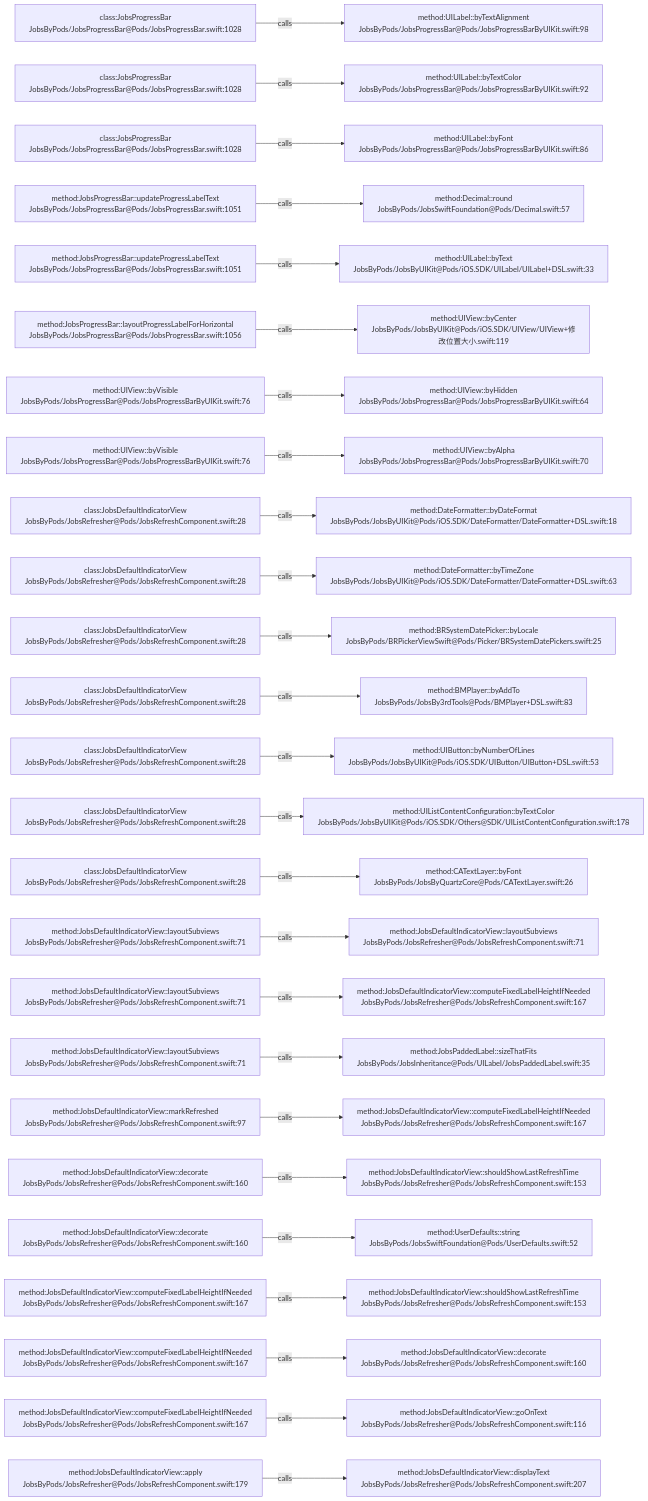
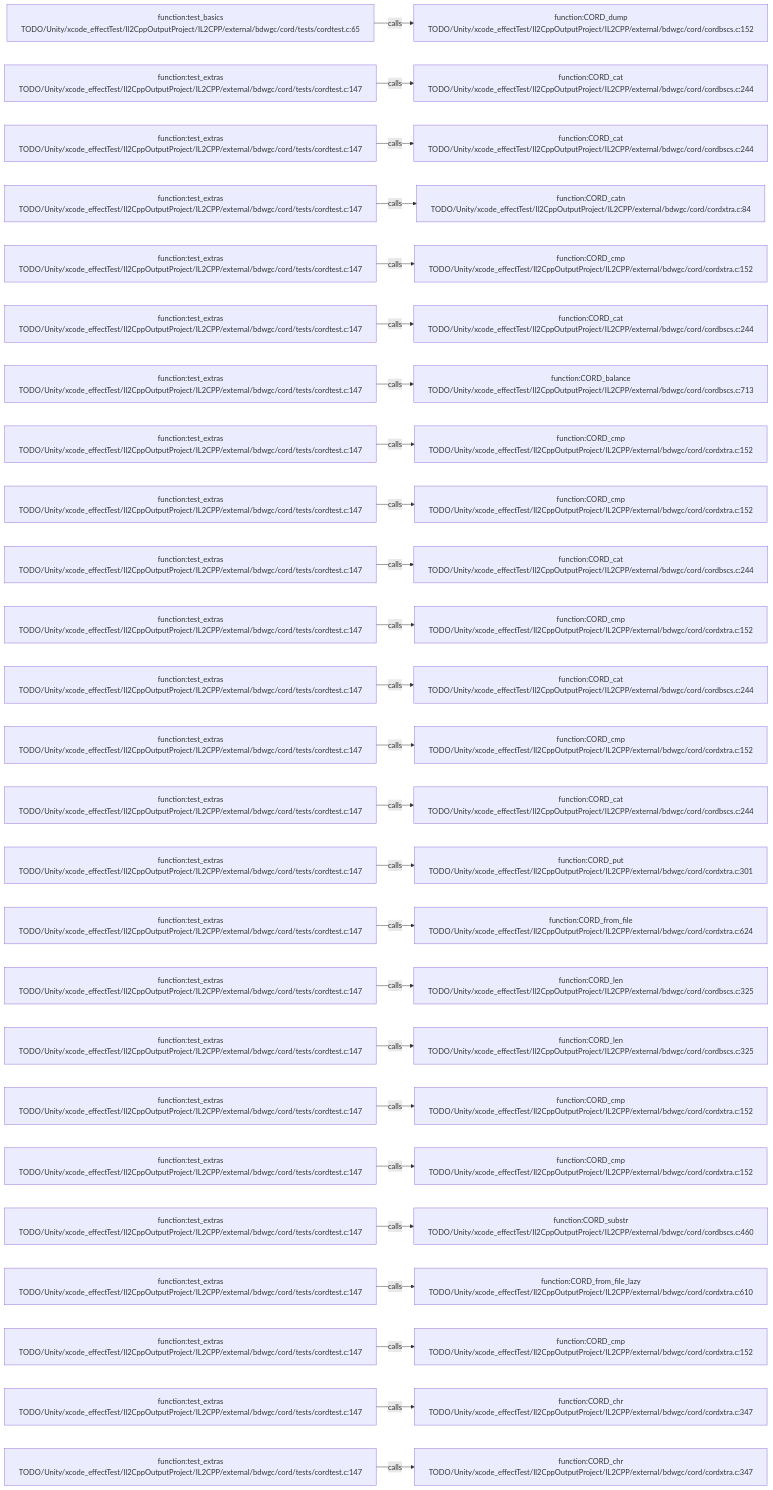
The diagram in .codegraph/codegraph.md/graphs/calls-157.md (JobsKits/JobsSwiftBaseConfigDemo), drawn with Mermaid before and after one commit. The commit also changed 569 other files, not shown here.

````diff
--- a/.codegraph/codegraph.md/graphs/calls-157.md
+++ b/.codegraph/codegraph.md/graphs/calls-157.md
@@ -13,78 +13,78 @@
 ```mermaid
 flowchart LR
-  S1["class:JobsProgressBar<br/>JobsByPods/JobsProgressBar@Pods/JobsProgressBar.swift:1028"]
-  T1["method:UILabel::byTextAlignment<br/>JobsByPods/JobsProgressBar@Pods/JobsProgressBarByUIKit.swift:98"]
+  S1["function:test_basics<br/>TODO/Unity/xcode_effectTest/Il2CppOutputProject/IL2CPP/external/bdwgc/cord/tests/cordtest.c:65"]
+  T1["function:CORD_dump<br/>TODO/Unity/xcode_effectTest/Il2CppOutputProject/IL2CPP/external/bdwgc/cord/cordbscs.c:152"]
   S1 -->|calls| T1
-  S2["class:JobsProgressBar<br/>JobsByPods/JobsProgressBar@Pods/JobsProgressBar.swift:1028"]
-  T2["method:UILabel::byTextColor<br/>JobsByPods/JobsProgressBar@Pods/JobsProgressBarByUIKit.swift:92"]
+  S2["function:test_extras<br/>TODO/Unity/xcode_effectTest/Il2CppOutputProject/IL2CPP/external/bdwgc/cord/tests/cordtest.c:147"]
+  T2["function:CORD_cat<br/>TODO/Unity/xcode_effectTest/Il2CppOutputProject/IL2CPP/external/bdwgc/cord/cordbscs.c:244"]
   S2 -->|calls| T2
-  S3["class:JobsProgressBar<br/>JobsByPods/JobsProgressBar@Pods/JobsProgressBar.swift:1028"]
-  T3["method:UILabel::byFont<br/>JobsByPods/JobsProgressBar@Pods/JobsProgressBarByUIKit.swift:86"]
+  S3["function:test_extras<br/>TODO/Unity/xcode_effectTest/Il2CppOutputProject/IL2CPP/external/bdwgc/cord/tests/cordtest.c:147"]
+  T3["function:CORD_cat<br/>TODO/Unity/xcode_effectTest/Il2CppOutputProject/IL2CPP/external/bdwgc/cord/cordbscs.c:244"]
   S3 -->|calls| T3
-  S4["method:JobsProgressBar::updateProgressLabelText<br/>JobsByPods/JobsProgressBar@Pods/JobsProgressBar.swift:1051"]
-  T4["method:Decimal::round<br/>JobsByPods/JobsSwiftFoundation@Pods/Decimal.swift:57"]
+  S4["function:test_extras<br/>TODO/Unity/xcode_effectTest/Il2CppOutputProject/IL2CPP/external/bdwgc/cord/tests/cordtest.c:147"]
+  T4["function:CORD_catn<br/>TODO/Unity/xcode_effectTest/Il2CppOutputProject/IL2CPP/external/bdwgc/cord/cordxtra.c:84"]
   S4 -->|calls| T4
-  S5["method:JobsProgressBar::updateProgressLabelText<br/>JobsByPods/JobsProgressBar@Pods/JobsProgressBar.swift:1051"]
-  T5["method:UILabel::byText<br/>JobsByPods/JobsByUIKit@Pods/iOS.SDK/UILabel/UILabel+DSL.swift:33"]
+  S5["function:test_extras<br/>TODO/Unity/xcode_effectTest/Il2CppOutputProject/IL2CPP/external/bdwgc/cord/tests/cordtest.c:147"]
+  T5["function:CORD_cmp<br/>TODO/Unity/xcode_effectTest/Il2CppOutputProject/IL2CPP/external/bdwgc/cord/cordxtra.c:152"]
   S5 -->|calls| T5
-  S6["method:JobsProgressBar::layoutProgressLabelForHorizontal<br/>JobsByPods/JobsProgressBar@Pods/JobsProgressBar.swift:1056"]
-  T6["method:UIView::byCenter<br/>JobsByPods/JobsByUIKit@Pods/iOS.SDK/UIView/UIView+修改位置大小.swift:119"]
+  S6["function:test_extras<br/>TODO/Unity/xcode_effectTest/Il2CppOutputProject/IL2CPP/external/bdwgc/cord/tests/cordtest.c:147"]
+  T6["function:CORD_cat<br/>TODO/Unity/xcode_effectTest/Il2CppOutputProject/IL2CPP/external/bdwgc/cord/cordbscs.c:244"]
   S6 -->|calls| T6
-  S7["method:UIView::byVisible<br/>JobsByPods/JobsProgressBar@Pods/JobsProgressBarByUIKit.swift:76"]
-  T7["method:UIView::byHidden<br/>JobsByPods/JobsProgressBar@Pods/JobsProgressBarByUIKit.swift:64"]
+  S7["function:test_extras<br/>TODO/Unity/xcode_effectTest/Il2CppOutputProject/IL2CPP/external/bdwgc/cord/tests/cordtest.c:147"]
+  T7["function:CORD_balance<br/>TODO/Unity/xcode_effectTest/Il2CppOutputProject/IL2CPP/external/bdwgc/cord/cordbscs.c:713"]
   S7 -->|calls| T7
-  S8["method:UIView::byVisible<br/>JobsByPods/JobsProgressBar@Pods/JobsProgressBarByUIKit.swift:76"]
-  T8["method:UIView::byAlpha<br/>JobsByPods/JobsProgressBar@Pods/JobsProgressBarByUIKit.swift:70"]
+  S8["function:test_extras<br/>TODO/Unity/xcode_effectTest/Il2CppOutputProject/IL2CPP/external/bdwgc/cord/tests/cordtest.c:147"]
+  T8["function:CORD_cmp<br/>TODO/Unity/xcode_effectTest/Il2CppOutputProject/IL2CPP/external/bdwgc/cord/cordxtra.c:152"]
   S8 -->|calls| T8
-  S9["class:JobsDefaultIndicatorView<br/>JobsByPods/JobsRefresher@Pods/JobsRefreshComponent.swift:28"]
-  T9["method:DateFormatter::byDateFormat<br/>JobsByPods/JobsByUIKit@Pods/iOS.SDK/DateFormatter/DateFormatter+DSL.swift:18"]
+  S9["function:test_extras<br/>TODO/Unity/xcode_effectTest/Il2CppOutputProject/IL2CPP/external/bdwgc/cord/tests/cordtest.c:147"]
+  T9["function:CORD_cmp<br/>TODO/Unity/xcode_effectTest/Il2CppOutputProject/IL2CPP/external/bdwgc/cord/cordxtra.c:152"]
   S9 -->|calls| T9
-  S10["class:JobsDefaultIndicatorView<br/>JobsByPods/JobsRefresher@Pods/JobsRefreshComponent.swift:28"]
-  T10["method:DateFormatter::byTimeZone<br/>JobsByPods/JobsByUIKit@Pods/iOS.SDK/DateFormatter/DateFormatter+DSL.swift:63"]
+  S10["function:test_extras<br/>TODO/Unity/xcode_effectTest/Il2CppOutputProject/IL2CPP/external/bdwgc/cord/tests/cordtest.c:147"]
+  T10["function:CORD_cat<br/>TODO/Unity/xcode_effectTest/Il2CppOutputProject/IL2CPP/external/bdwgc/cord/cordbscs.c:244"]
   S10 -->|calls| T10
-  S11["class:JobsDefaultIndicatorView<br/>JobsByPods/JobsRefresher@Pods/JobsRefreshComponent.swift:28"]
-  T11["method:BRSystemDatePicker::byLocale<br/>JobsByPods/BRPickerViewSwift@Pods/Picker/BRSystemDatePickers.swift:25"]
+  S11["function:test_extras<br/>TODO/Unity/xcode_effectTest/Il2CppOutputProject/IL2CPP/external/bdwgc/cord/tests/cordtest.c:147"]
+  T11["function:CORD_cmp<br/>TODO/Unity/xcode_effectTest/Il2CppOutputProject/IL2CPP/external/bdwgc/cord/cordxtra.c:152"]
   S11 -->|calls| T11
-  S12["class:JobsDefaultIndicatorView<br/>JobsByPods/JobsRefresher@Pods/JobsRefreshComponent.swift:28"]
-  T12["method:BMPlayer::byAddTo<br/>JobsByPods/JobsBy3rdTools@Pods/BMPlayer+DSL.swift:83"]
+  S12["function:test_extras<br/>TODO/Unity/xcode_effectTest/Il2CppOutputProject/IL2CPP/external/bdwgc/cord/tests/cordtest.c:147"]
+  T12["function:CORD_cat<br/>TODO/Unity/xcode_effectTest/Il2CppOutputProject/IL2CPP/external/bdwgc/cord/cordbscs.c:244"]
   S12 -->|calls| T12
-  S13["class:JobsDefaultIndicatorView<br/>JobsByPods/JobsRefresher@Pods/JobsRefreshComponent.swift:28"]
-  T13["method:UIButton::byNumberOfLines<br/>JobsByPods/JobsByUIKit@Pods/iOS.SDK/UIButton/UIButton+DSL.swift:53"]
+  S13["function:test_extras<br/>TODO/Unity/xcode_effectTest/Il2CppOutputProject/IL2CPP/external/bdwgc/cord/tests/cordtest.c:147"]
+  T13["function:CORD_cmp<br/>TODO/Unity/xcode_effectTest/Il2CppOutputProject/IL2CPP/external/bdwgc/cord/cordxtra.c:152"]
   S13 -->|calls| T13
-  S14["class:JobsDefaultIndicatorView<br/>JobsByPods/JobsRefresher@Pods/JobsRefreshComponent.swift:28"]
-  T14["method:UIListContentConfiguration::byTextColor<br/>JobsByPods/JobsByUIKit@Pods/iOS.SDK/Others@SDK/UIListContentConfiguration.swift:178"]
+  S14["function:test_extras<br/>TODO/Unity/xcode_effectTest/Il2CppOutputProject/IL2CPP/external/bdwgc/cord/tests/cordtest.c:147"]
+  T14["function:CORD_cat<br/>TODO/Unity/xcode_effectTest/Il2CppOutputProject/IL2CPP/external/bdwgc/cord/cordbscs.c:244"]
   S14 -->|calls| T14
-  S15["class:JobsDefaultIndicatorView<br/>JobsByPods/JobsRefresher@Pods/JobsRefreshComponent.swift:28"]
-  T15["method:CATextLayer::byFont<br/>JobsByPods/JobsByQuartzCore@Pods/CATextLayer.swift:26"]
+  S15["function:test_extras<br/>TODO/Unity/xcode_effectTest/Il2CppOutputProject/IL2CPP/external/bdwgc/cord/tests/cordtest.c:147"]
+  T15["function:CORD_put<br/>TODO/Unity/xcode_effectTest/Il2CppOutputProject/IL2CPP/external/bdwgc/cord/cordxtra.c:301"]
   S15 -->|calls| T15
-  S16["method:JobsDefaultIndicatorView::layoutSubviews<br/>JobsByPods/JobsRefresher@Pods/JobsRefreshComponent.swift:71"]
-  T16["method:JobsDefaultIndicatorView::layoutSubviews<br/>JobsByPods/JobsRefresher@Pods/JobsRefreshComponent.swift:71"]
+  S16["function:test_extras<br/>TODO/Unity/xcode_effectTest/Il2CppOutputProject/IL2CPP/external/bdwgc/cord/tests/cordtest.c:147"]
+  T16["function:CORD_from_file<br/>TODO/Unity/xcode_effectTest/Il2CppOutputProject/IL2CPP/external/bdwgc/cord/cordxtra.c:624"]
   S16 -->|calls| T16
-  S17["method:JobsDefaultIndicatorView::layoutSubviews<br/>JobsByPods/JobsRefresher@Pods/JobsRefreshComponent.swift:71"]
-  T17["method:JobsDefaultIndicatorView::computeFixedLabelHeightIfNeeded<br/>JobsByPods/JobsRefresher@Pods/JobsRefreshComponent.swift:167"]
+  S17["function:test_extras<br/>TODO/Unity/xcode_effectTest/Il2CppOutputProject/IL2CPP/external/bdwgc/cord/tests/cordtest.c:147"]
+  T17["function:CORD_len<br/>TODO/Unity/xcode_effectTest/Il2CppOutputProject/IL2CPP/external/bdwgc/cord/cordbscs.c:325"]
   S17 -->|calls| T17
-  S18["method:JobsDefaultIndicatorView::layoutSubviews<br/>JobsByPods/JobsRefresher@Pods/JobsRefreshComponent.swift:71"]
-  T18["method:JobsPaddedLabel::sizeThatFits<br/>JobsByPods/JobsInheritance@Pods/UILabel/JobsPaddedLabel.swift:35"]
+  S18["function:test_extras<br/>TODO/Unity/xcode_effectTest/Il2CppOutputProject/IL2CPP/external/bdwgc/cord/tests/cordtest.c:147"]
+  T18["function:CORD_len<br/>TODO/Unity/xcode_effectTest/Il2CppOutputProject/IL2CPP/external/bdwgc/cord/cordbscs.c:325"]
   S18 -->|calls| T18
-  S19["method:JobsDefaultIndicatorView::markRefreshed<br/>JobsByPods/JobsRefresher@Pods/JobsRefreshComponent.swift:97"]
-  T19["method:JobsDefaultIndicatorView::computeFixedLabelHeightIfNeeded<br/>JobsByPods/JobsRefresher@Pods/JobsRefreshComponent.swift:167"]
+  S19["function:test_extras<br/>TODO/Unity/xcode_effectTest/Il2CppOutputProject/IL2CPP/external/bdwgc/cord/tests/cordtest.c:147"]
+  T19["function:CORD_cmp<br/>TODO/Unity/xcode_effectTest/Il2CppOutputProject/IL2CPP/external/bdwgc/cord/cordxtra.c:152"]
   S19 -->|calls| T19
-  S20["method:JobsDefaultIndicatorView::decorate<br/>JobsByPods/JobsRefresher@Pods/JobsRefreshComponent.swift:160"]
-  T20["method:JobsDefaultIndicatorView::shouldShowLastRefreshTime<br/>JobsByPods/JobsRefresher@Pods/JobsRefreshComponent.swift:153"]
+  S20["function:test_extras<br/>TODO/Unity/xcode_effectTest/Il2CppOutputProject/IL2CPP/external/bdwgc/cord/tests/cordtest.c:147"]
+  T20["function:CORD_cmp<br/>TODO/Unity/xcode_effectTest/Il2CppOutputProject/IL2CPP/external/bdwgc/cord/cordxtra.c:152"]
   S20 -->|calls| T20
-  S21["method:JobsDefaultIndicatorView::decorate<br/>JobsByPods/JobsRefresher@Pods/JobsRefreshComponent.swift:160"]
-  T21["method:UserDefaults::string<br/>JobsByPods/JobsSwiftFoundation@Pods/UserDefaults.swift:52"]
+  S21["function:test_extras<br/>TODO/Unity/xcode_effectTest/Il2CppOutputProject/IL2CPP/external/bdwgc/cord/tests/cordtest.c:147"]
+  T21["function:CORD_substr<br/>TODO/Unity/xcode_effectTest/Il2CppOutputProject/IL2CPP/external/bdwgc/cord/cordbscs.c:460"]
   S21 -->|calls| T21
-  S22["method:JobsDefaultIndicatorView::computeFixedLabelHeightIfNeeded<br/>JobsByPods/JobsRefresher@Pods/JobsRefreshComponent.swift:167"]
-  T22["method:JobsDefaultIndicatorView::shouldShowLastRefreshTime<br/>JobsByPods/JobsRefresher@Pods/JobsRefreshComponent.swift:153"]
+  S22["function:test_extras<br/>TODO/Unity/xcode_effectTest/Il2CppOutputProject/IL2CPP/external/bdwgc/cord/tests/cordtest.c:147"]
+  T22["function:CORD_from_file_lazy<br/>TODO/Unity/xcode_effectTest/Il2CppOutputProject/IL2CPP/external/bdwgc/cord/cordxtra.c:610"]
   S22 -->|calls| T22
-  S23["method:JobsDefaultIndicatorView::computeFixedLabelHeightIfNeeded<br/>JobsByPods/JobsRefresher@Pods/JobsRefreshComponent.swift:167"]
-  T23["method:JobsDefaultIndicatorView::decorate<br/>JobsByPods/JobsRefresher@Pods/JobsRefreshComponent.swift:160"]
+  S23["function:test_extras<br/>TODO/Unity/xcode_effectTest/Il2CppOutputProject/IL2CPP/external/bdwgc/cord/tests/cordtest.c:147"]
+  T23["function:CORD_cmp<br/>TODO/Unity/xcode_effectTest/Il2CppOutputProject/IL2CPP/external/bdwgc/cord/cordxtra.c:152"]
   S23 -->|calls| T23
-  S24["method:JobsDefaultIndicatorView::computeFixedLabelHeightIfNeeded<br/>JobsByPods/JobsRefresher@Pods/JobsRefreshComponent.swift:167"]
-  T24["method:JobsDefaultIndicatorView::goOnText<br/>JobsByPods/JobsRefresher@Pods/JobsRefreshComponent.swift:116"]
+  S24["function:test_extras<br/>TODO/Unity/xcode_effectTest/Il2CppOutputProject/IL2CPP/external/bdwgc/cord/tests/cordtest.c:147"]
+  T24["function:CORD_chr<br/>TODO/Unity/xcode_effectTest/Il2CppOutputProject/IL2CPP/external/bdwgc/cord/cordxtra.c:347"]
   S24 -->|calls| T24
-  S25["method:JobsDefaultIndicatorView::apply<br/>JobsByPods/JobsRefresher@Pods/JobsRefreshComponent.swift:179"]
-  T25["method:JobsDefaultIndicatorView::displayText<br/>JobsByPods/JobsRefresher@Pods/JobsRefreshComponent.swift:207"]
+  S25["function:test_extras<br/>TODO/Unity/xcode_effectTest/Il2CppOutputProject/IL2CPP/external/bdwgc/cord/tests/cordtest.c:147"]
+  T25["function:CORD_chr<br/>TODO/Unity/xcode_effectTest/Il2CppOutputProject/IL2CPP/external/bdwgc/cord/cordxtra.c:347"]
   S25 -->|calls| T25
 ```
````
